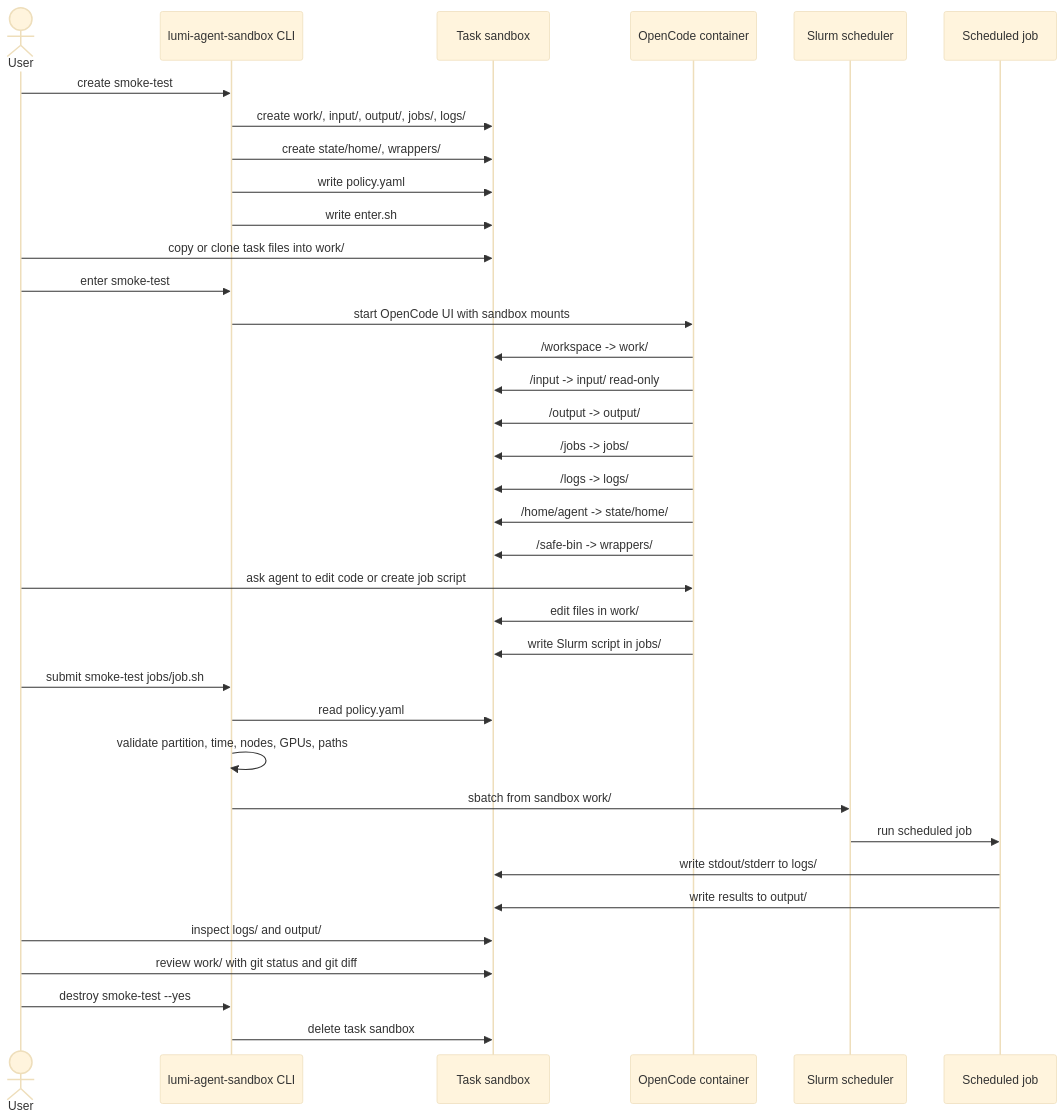
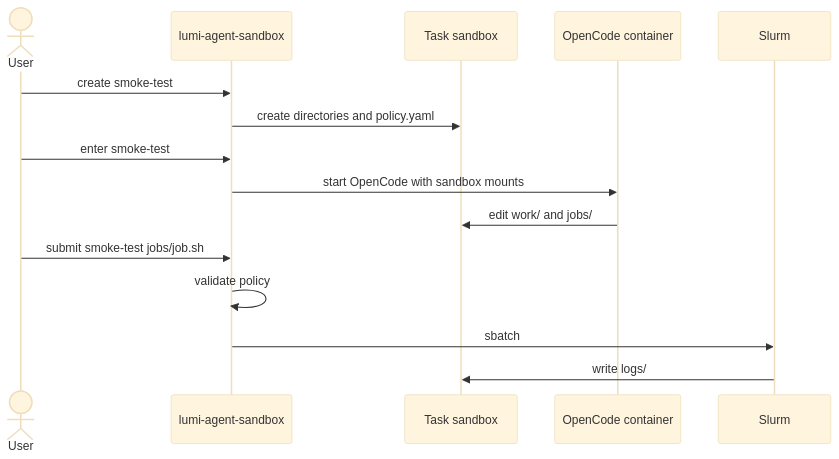
The diagram in README.md (aniskhan25/lumi-agent-sandbox), drawn with Mermaid (base theme) before and after one commit. The commit also changed other lines of this file, not shown here.

````diff
--- a/README.md
+++ b/README.md
@@ -77,45 +144,18 @@
 ```mermaid
 sequenceDiagram
     actor User
-    participant CLI as lumi-agent-sandbox CLI
+    participant CLI as lumi-agent-sandbox
     participant Sandbox as Task sandbox
     participant Container as OpenCode container
-    participant Slurm as Slurm scheduler
-    participant Job as Scheduled job
+    participant Slurm
 
     User->>CLI: create smoke-test
-    CLI->>Sandbox: create work/, input/, output/, jobs/, logs/
-    CLI->>Sandbox: create state/home/, wrappers/
-    CLI->>Sandbox: write policy.yaml
-    CLI->>Sandbox: write enter.sh
-
-    User->>Sandbox: copy or clone task files into work/
-
+    CLI->>Sandbox: create directories and policy.yaml
     User->>CLI: enter smoke-test
-    CLI->>Container: start OpenCode UI with sandbox mounts
-    Container->>Sandbox: /workspace -> work/
-    Container->>Sandbox: /input -> input/ read-only
-    Container->>Sandbox: /output -> output/
-    Container->>Sandbox: /jobs -> jobs/
-    Container->>Sandbox: /logs -> logs/
-    Container->>Sandbox: /home/agent -> state/home/
-    Container->>Sandbox: /safe-bin -> wrappers/
-
-    User->>Container: ask agent to edit code or create job script
-    Container->>Sandbox: edit files in work/
-    Container->>Sandbox: write Slurm script in jobs/
-
+    CLI->>Container: start OpenCode with sandbox mounts
+    Container->>Sandbox: edit work/ and jobs/
     User->>CLI: submit smoke-test jobs/job.sh
-    CLI->>Sandbox: read policy.yaml
-    CLI->>CLI: validate partition, time, nodes, GPUs, paths
-    CLI->>Slurm: sbatch from sandbox work/
-    Slurm->>Job: run scheduled job
-
-    Job->>Sandbox: write stdout/stderr to logs/
-    Job->>Sandbox: write results to output/
-
-    User->>Sandbox: inspect logs/ and output/
-    User->>Sandbox: review work/ with git status and git diff
-    User->>CLI: destroy smoke-test --yes
-    CLI->>Sandbox: delete task sandbox
+    CLI->>CLI: validate policy
+    CLI->>Slurm: sbatch
+    Slurm->>Sandbox: write logs/
 ```
````
